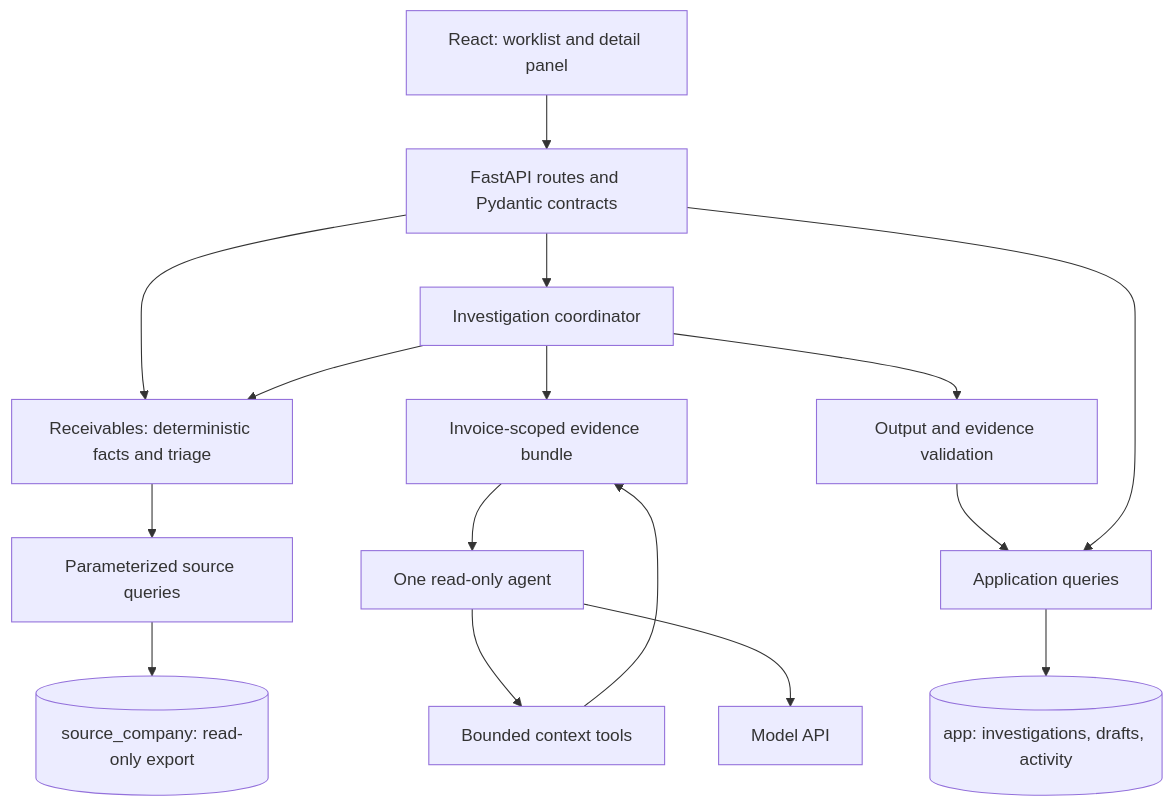
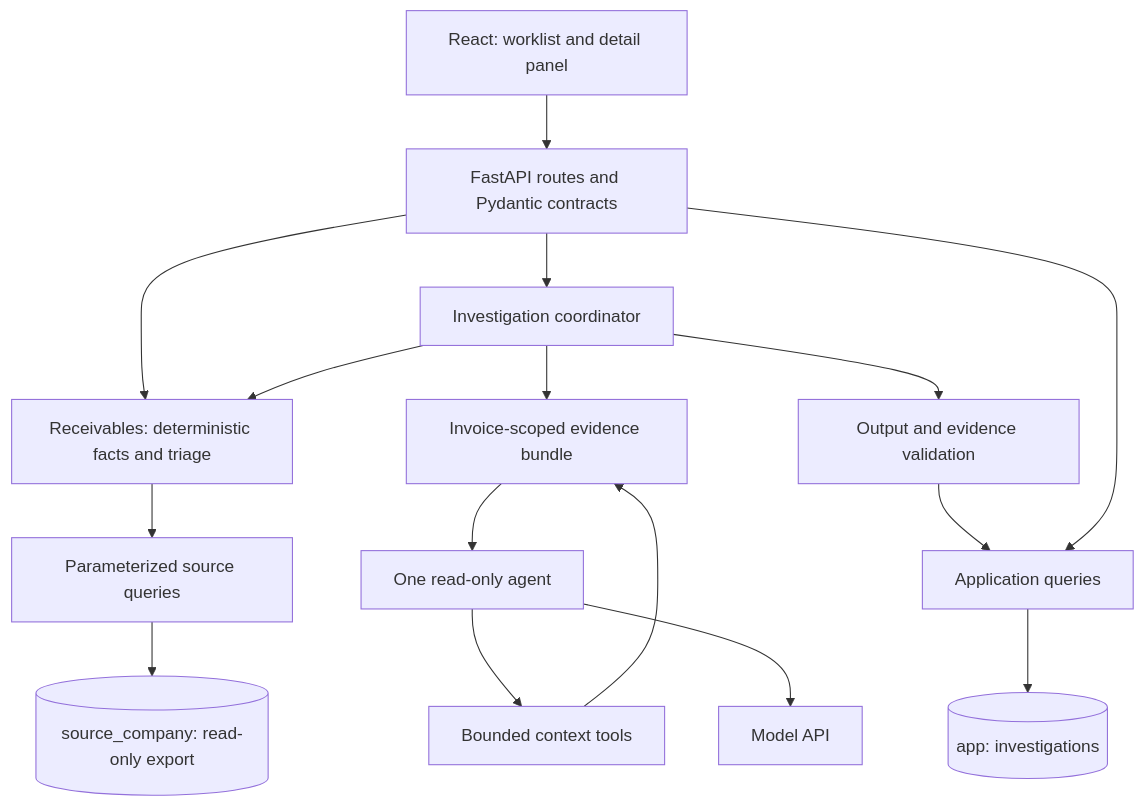
One commit to Csviney/harborstone-receivables-intelligence changed the first of 2 diagrams in architecture/Architecture.md. Above: the diagram before and after it, drawn with Mermaid. The commit also changed other lines of this file and 36 other files, not shown here.

````diff
--- a/architecture/Architecture.md
+++ b/architecture/Architecture.md
@@ -7,18 +7,18 @@
 ```mermaid
 flowchart TD
     UI[React: worklist and detail panel] --> API[FastAPI routes and Pydantic contracts]
     API --> R[Receivables: deterministic facts and triage]
     R --> Q[Parameterized source queries]
     Q --> S[(source_company: read-only export)]
     API --> I[Investigation coordinator]
     I --> R
     I --> B[Invoice-scoped evidence bundle]
     B --> A[One read-only agent]
     A --> T[Bounded context tools]
     T --> B
     A --> M[Model API]
     I --> V[Output and evidence validation]
     V --> P[Application queries]
     API --> P
-    P --> D[(app: investigations, drafts, activity)]
+    P --> D[(app: investigations)]
 ```
````
